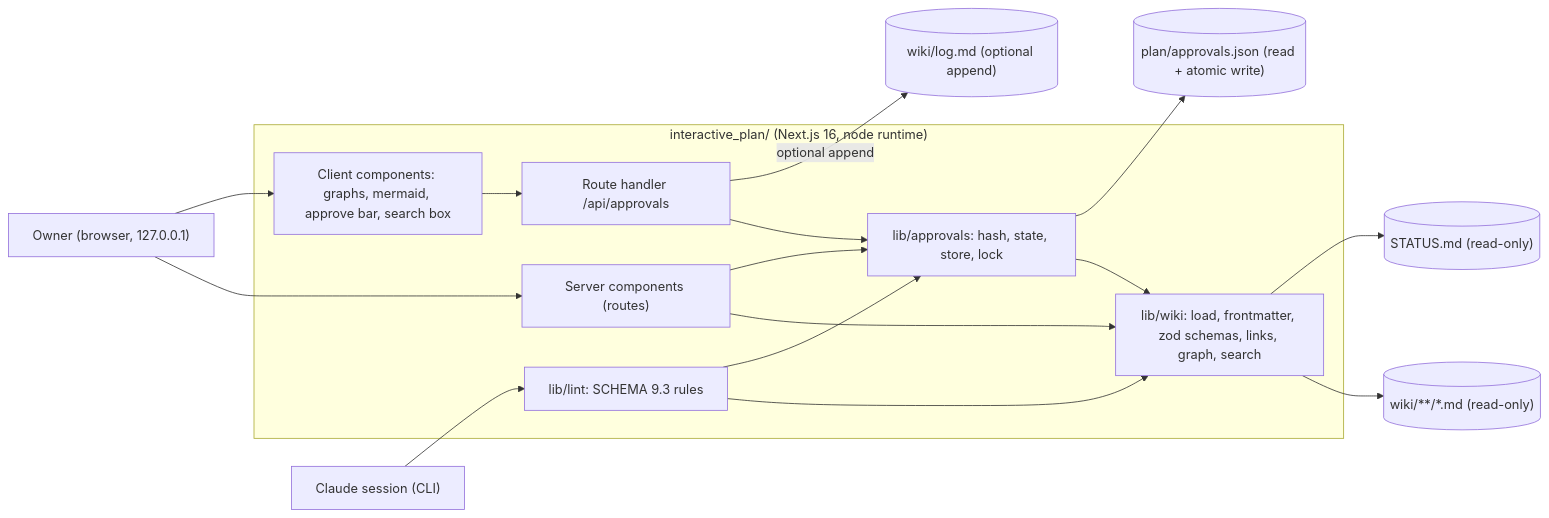
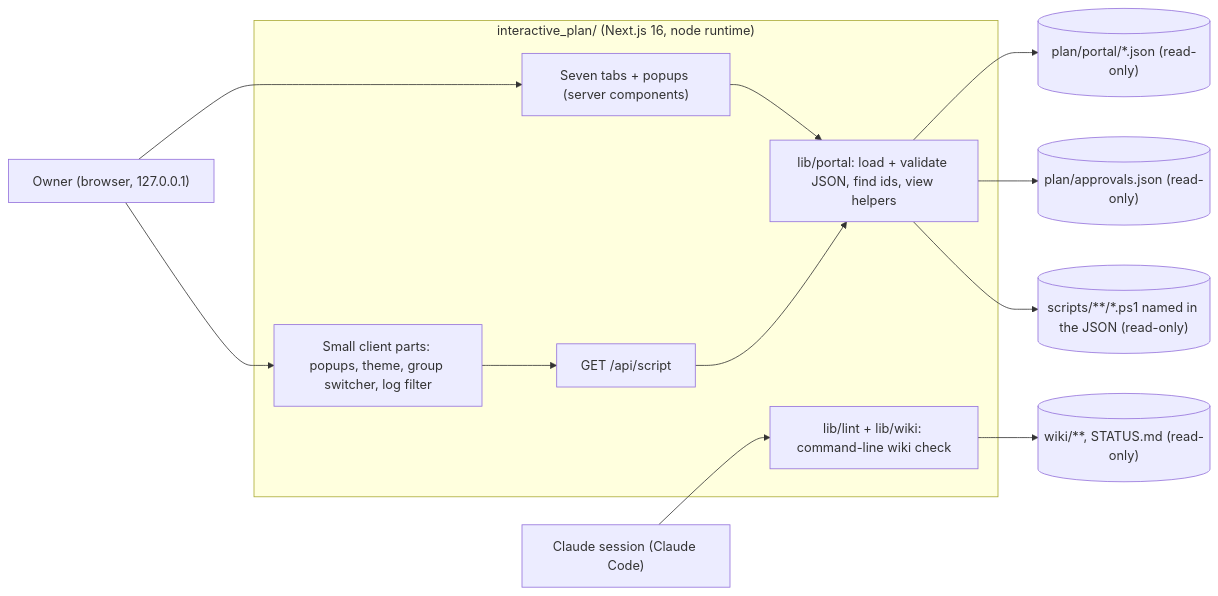
One commit to VarunOjha/nurav-ferrum changed the diagram in wiki/interactive-plan/ip-spec.md. Above: the diagram before and after it, drawn with Mermaid. The commit also changed other lines of this file and 29 other files, not shown here.

First line of the commit message:
feat(portal): final review of portal v2, start script, ip-* pages for v2 [p0.17]

````diff
--- a/wiki/interactive-plan/ip-spec.md
+++ b/wiki/interactive-plan/ip-spec.md
@@ -88,31 +111,26 @@
 ```mermaid
 flowchart LR
   owner["Owner (browser, 127.0.0.1)"]
-  claude["Claude session (CLI)"]
+  claude["Claude session (Claude Code)"]
   subgraph app["interactive_plan/ (Next.js 16, node runtime)"]
-    pages["Server components (routes)"]
-    client["Client components: graphs, mermaid, approve bar, search box"]
-    api["Route handler /api/approvals"]
-    lib_wiki["lib/wiki: load, frontmatter, zod schemas, links, graph, search"]
-    lib_appr["lib/approvals: hash, state, store, lock"]
-    lib_lint["lib/lint: SCHEMA 9.3 rules"]
+    pages["Seven tabs + popups (server components)"]
+    client["Small client parts: popups, theme, group switcher, log filter"]
+    api["GET /api/script"]
+    lib_portal["lib/portal: load + validate JSON, find ids, view helpers"]
+    lib_lint["lib/lint + lib/wiki: command-line wiki check"]
   end
-  wiki[("wiki/**/*.md (read-only)")]
-  status[("STATUS.md (read-only)")]
-  approvals[("plan/approvals.json (read + atomic write)")]
-  log[("wiki/log.md (optional append)")]
+  portal[("plan/portal/*.json (read-only)")]
+  approvals[("plan/approvals.json (read-only)")]
+  scripts[("scripts/**/*.ps1 named in the JSON (read-only)")]
+  wiki[("wiki/**, STATUS.md (read-only)")]
   owner --> pages
   owner --> client
   client --> api
-  pages --> lib_wiki
-  pages --> lib_appr
-  api --> lib_appr
-  lib_appr --> lib_wiki
-  lib_lint --> lib_wiki
-  lib_lint --> lib_appr
-  lib_wiki --> wiki
-  lib_wiki --> status
-  lib_appr --> approvals
-  api -->|"optional append"| log
+  pages --> lib_portal
+  api --> lib_portal
+  lib_portal --> portal
+  lib_portal --> approvals
+  lib_portal --> scripts
   claude --> lib_lint
+  lib_lint --> wiki
 ```
````
